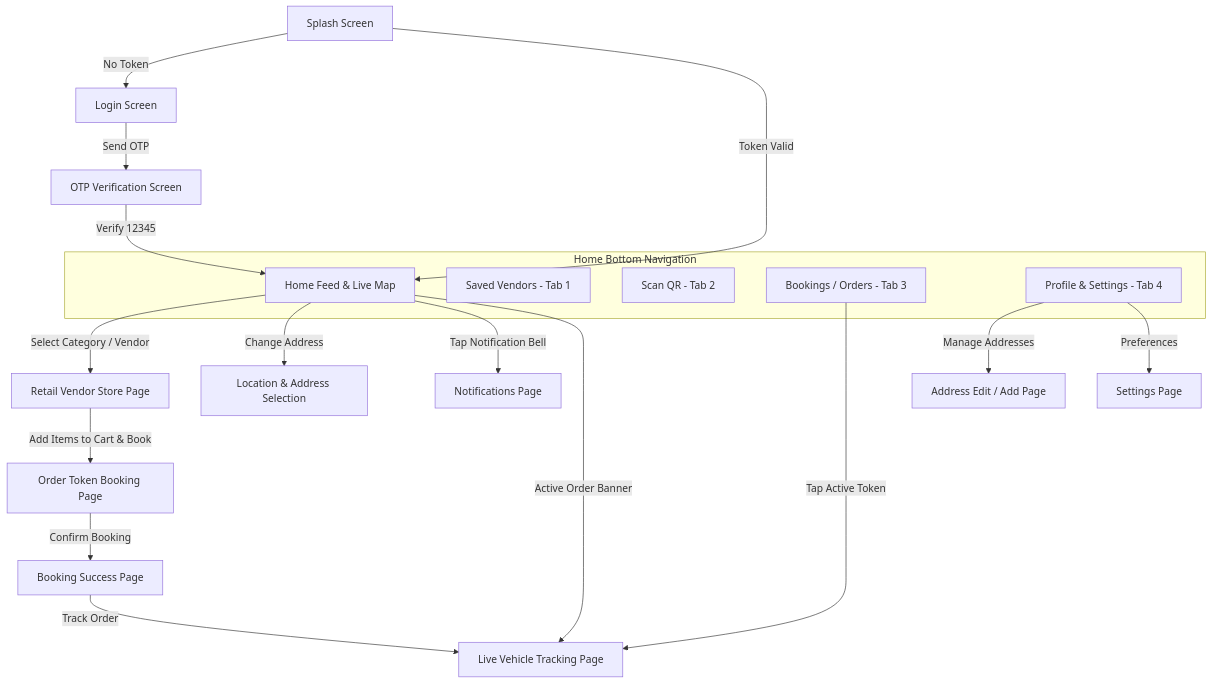
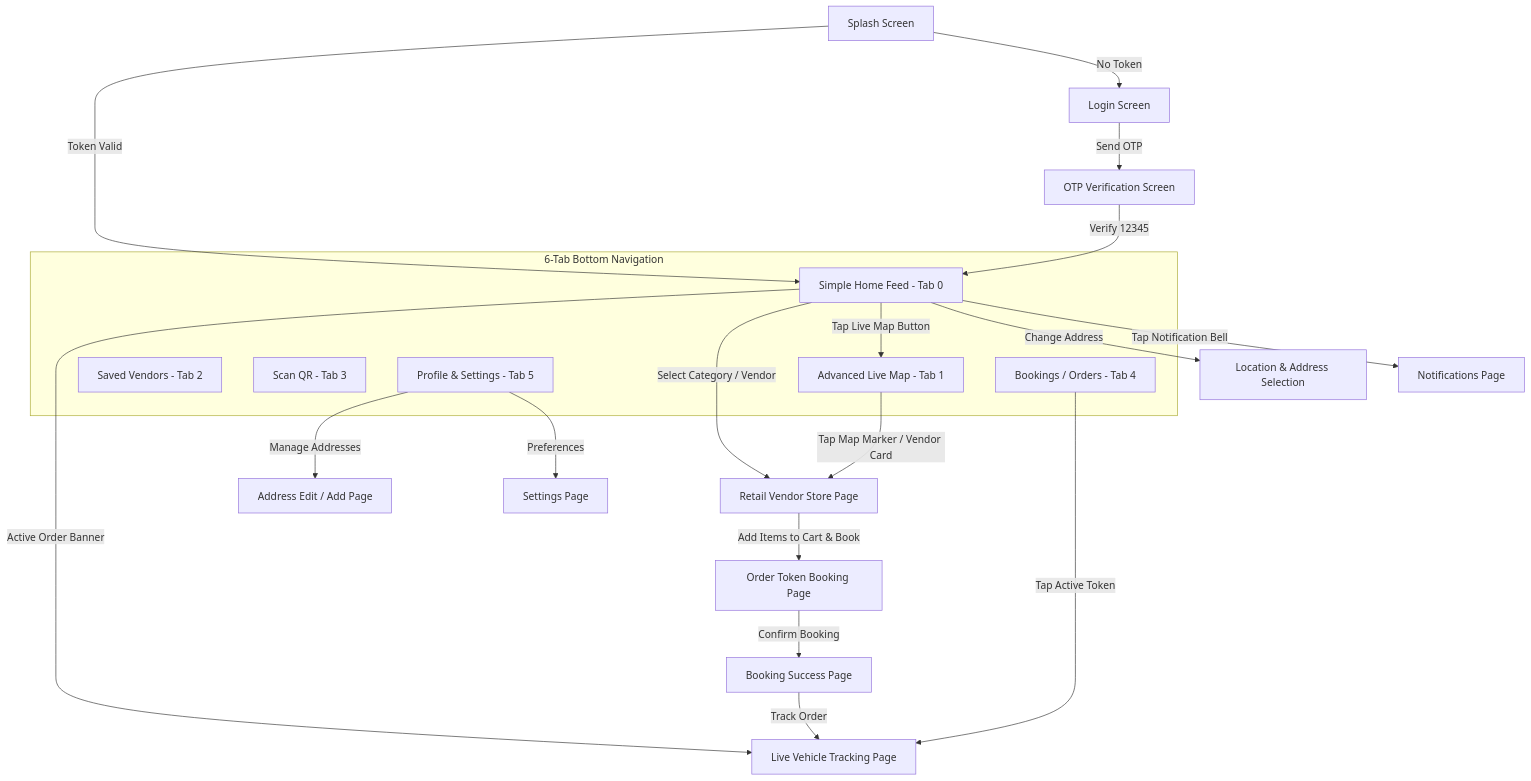
Before and after one commit to otomata-in/onway-backend-api: the diagram in docs/onway_user_app_features.md, drawn with Mermaid. The commit also changed other lines of this file and 4 other files, not shown here.

Commit message:
feat(user-app): implement simplified non-tech friendly home page and 6-tab nav bar

````diff
--- a/docs/onway_user_app_features.md
+++ b/docs/onway_user_app_features.md
@@ -20,28 +20,31 @@
 ```mermaid
 flowchart TD
     A[Splash Screen] -->|No Token| B[Login Screen]
     A -->|Token Valid| C[Home Screen - Tab 0]
     B -->|Send OTP| D[OTP Verification Screen]
     D -->|Verify 12345| C
 
-    subgraph Main App Shell [Home Bottom Navigation]
-        C[Home Feed & Live Map]
-        E[Saved Vendors - Tab 1]
-        F[Scan QR - Tab 2]
-        G[Bookings / Orders - Tab 3]
-        H[Profile & Settings - Tab 4]
+    subgraph Main App Shell [6-Tab Bottom Navigation]
+        C[Simple Home Feed - Tab 0]
+        C2[Advanced Live Map - Tab 1]
+        E[Saved Vendors - Tab 2]
+        F[Scan QR - Tab 3]
+        G[Bookings / Orders - Tab 4]
+        H[Profile & Settings - Tab 5]
     end
 
     C -->|Select Category / Vendor| I[Retail Vendor Store Page]
+    C -->|Tap Live Map Button| C2
     C -->|Change Address| J[Location & Address Selection]
     C -->|Tap Notification Bell| K[Notifications Page]
     C -->|Active Order Banner| L[Live Vehicle Tracking Page]
+    C2 -->|Tap Map Marker / Vendor Card| I
 
     I -->|Add Items to Cart & Book| M[Order Token Booking Page]
     M -->|Confirm Booking| N[Booking Success Page]
     N -->|Track Order| L
 
     G -->|Tap Active Token| L
     H -->|Manage Addresses| O[Address Edit / Add Page]
     H -->|Preferences| P[Settings Page]
 ```
````
